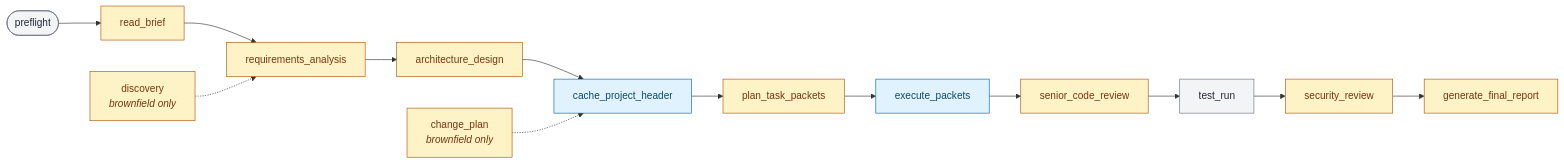
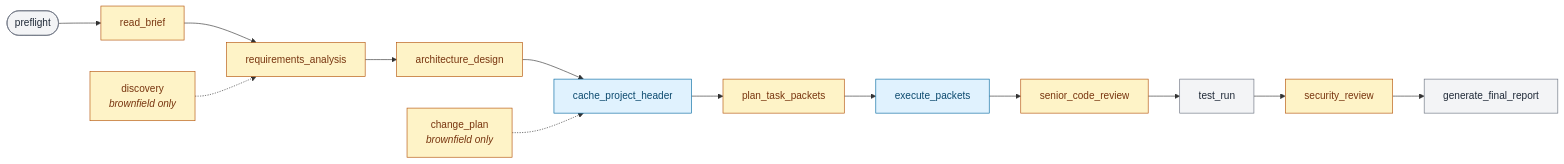
Before and after one commit to Vaibhav172423/ai-sdlc-orchestrator-codex-harness: the second of 2 diagrams in README.md, drawn with Mermaid. The commit also changed other lines of this file, not shown here.

````diff
--- a/README.md
+++ b/README.md
@@ -442,25 +510,25 @@
 ```mermaid
 flowchart LR
     P0([preflight]):::local
     P1[read_brief]:::gpt
     P2[requirements_analysis]:::gpt
     P3[architecture_design]:::gpt
     P4[cache_project_header]:::gem
     P5[plan_task_packets]:::gpt
     P6[execute_packets]:::gem
     P7[senior_code_review]:::gpt
     P8[test_run]:::local
     P9[security_review]:::gpt
-    P10[generate_final_report]:::gpt
+    P10[generate_final_report]:::local
 
     P0 --> P1 --> P2 --> P3 --> P4 --> P5 --> P6 --> P7 --> P8 --> P9 --> P10
 
     D[discovery<br/><i>brownfield only</i>]:::gpt
     C[change_plan<br/><i>brownfield only</i>]:::gpt
     D -.-> P2
     C -.-> P4
 
     classDef gpt   fill:#FEF3C7,stroke:#B45309,color:#78350F
     classDef gem   fill:#E0F2FE,stroke:#0369A1,color:#0C4A6E
     classDef local fill:#F3F4F6,stroke:#6B7280,color:#1F2937
 ```
````
